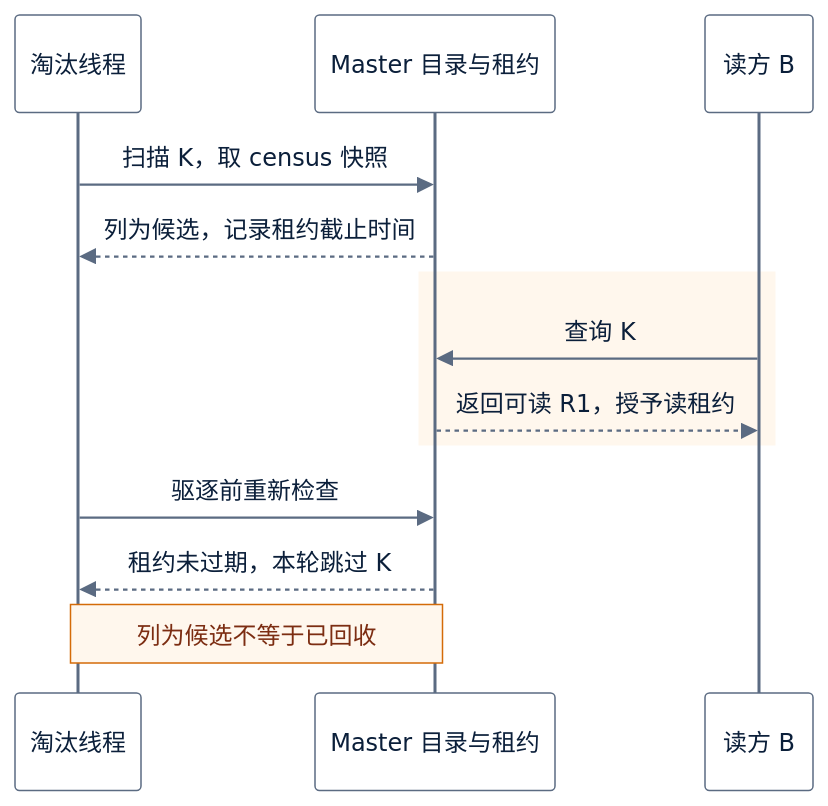
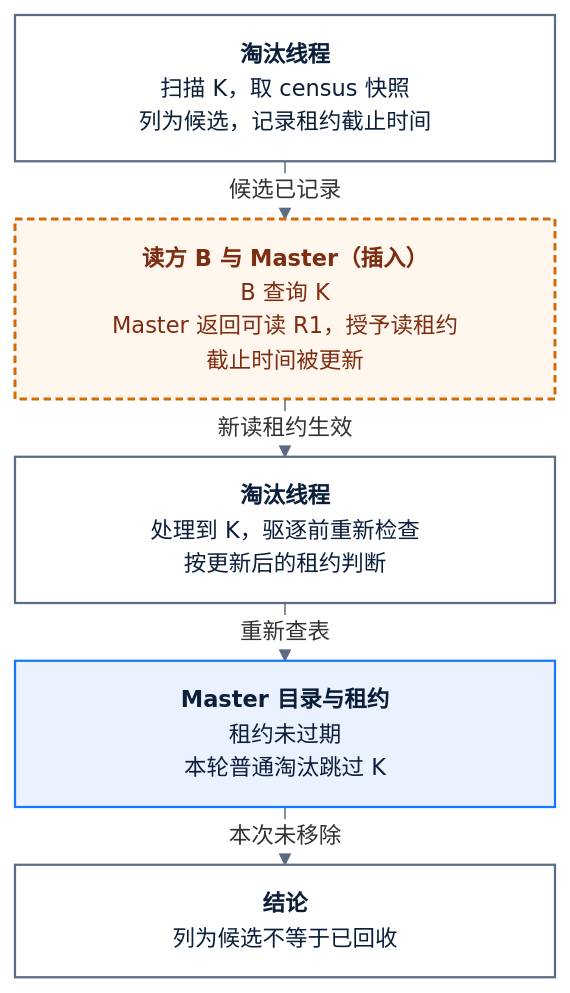
The diagram in mooncake-kv-cache-series/wechat/09-cache-eviction.md (Hansyangxingxiang/Mooncake), drawn with Mermaid before and after one commit. The commit also changed other lines of this file and 96 other files, not shown here.

````diff
--- a/mooncake-kv-cache-series/wechat/09-cache-eviction.md
+++ b/mooncake-kv-cache-series/wechat/09-cache-eviction.md
@@ -20,17 +20,18 @@
 ```mermaid
-%%{init: {"theme":"base","themeVariables":{"fontFamily":"Noto Sans CJK SC, sans-serif","fontSize":"15px","lineColor":"#5B6B82","actorBkg":"#FFFFFF","actorBorder":"#5B6B82","actorTextColor":"#0B1F3A","signalColor":"#5B6B82","signalTextColor":"#0B1F3A","noteBkgColor":"#FFF7ED","noteBorderColor":"#D46B08","noteTextColor":"#7C2D12","activationBkgColor":"#EAF2FF","activationBorderColor":"#1677FF"},"sequence":{"width":72,"actorMargin":10,"diagramMarginX":8,"messageMargin":20}}}%%
-sequenceDiagram
-    participant E as 淘汰线程
-    participant M as Master 目录与租约
-    participant B as 读方 B
+%%{init: {"theme":"base","themeVariables":{"fontFamily":"Noto Sans CJK SC, sans-serif","fontSize":"15px","lineColor":"#5B6B82","edgeLabelBackground":"#FFFFFF"},"flowchart":{"curve":"linear","nodeSpacing":18,"rankSpacing":16,"diagramPadding":4,"htmlLabels":true},"themeCSS":".edgeLabel .label span{font-size:13px !important;line-height:1.3}.nodeLabel{line-height:1.4}"}}%%
+flowchart TB
+    E1["<div style='width:300px;text-align:center'><b>淘汰线程</b><br/>扫描 K，取 census 快照<br/>列为候选，记录租约截止时间</div>"]:::client
+    W["<div style='width:300px;text-align:center'><b>读方 B 与 Master（插入）</b><br/>B 查询 K<br/>Master 返回可读 R1，授予读租约<br/>截止时间被更新</div>"]:::window
+    E2["<div style='width:300px;text-align:center'><b>淘汰线程</b><br/>处理到 K，驱逐前重新检查<br/>按更新后的租约判断</div>"]:::client
+    M["<div style='width:300px;text-align:center'><b>Master 目录与租约</b><br/>租约未过期<br/>本轮普通淘汰跳过 K</div>"]:::master
+    C["<div style='width:300px;text-align:center'><b>结论</b><br/>列为候选不等于已回收</div>"]:::client
 
-    E->>M: 扫描 K，取 census 快照
-    M-->>E: 列为候选，记录租约截止时间
-    rect rgb(255, 247, 237)
-        B->>M: 查询 K
-        M-->>B: 返回可读 R1，授予读租约
-    end
-    E->>M: 驱逐前重新检查
-    M-->>E: 租约未过期，本轮跳过 K
-    Note over E,M: 列为候选不等于已回收
+    E1 -->|"候选已记录"| W
+    W -->|"新读租约生效"| E2
+    E2 -->|"重新查表"| M
+    M -->|"本次未移除"| C
+
+    classDef client fill:#FFFFFF,stroke:#5B6B82,stroke-width:1.5px,color:#0B1F3A,font-size:15px
+    classDef master fill:#EAF2FF,stroke:#1677FF,stroke-width:1.5px,color:#0B1F3A,font-size:15px
+    classDef window fill:#FFF7ED,stroke:#D46B08,stroke-width:2px,stroke-dasharray:5 3,color:#7C2D12,font-size:15px
 ```
````
